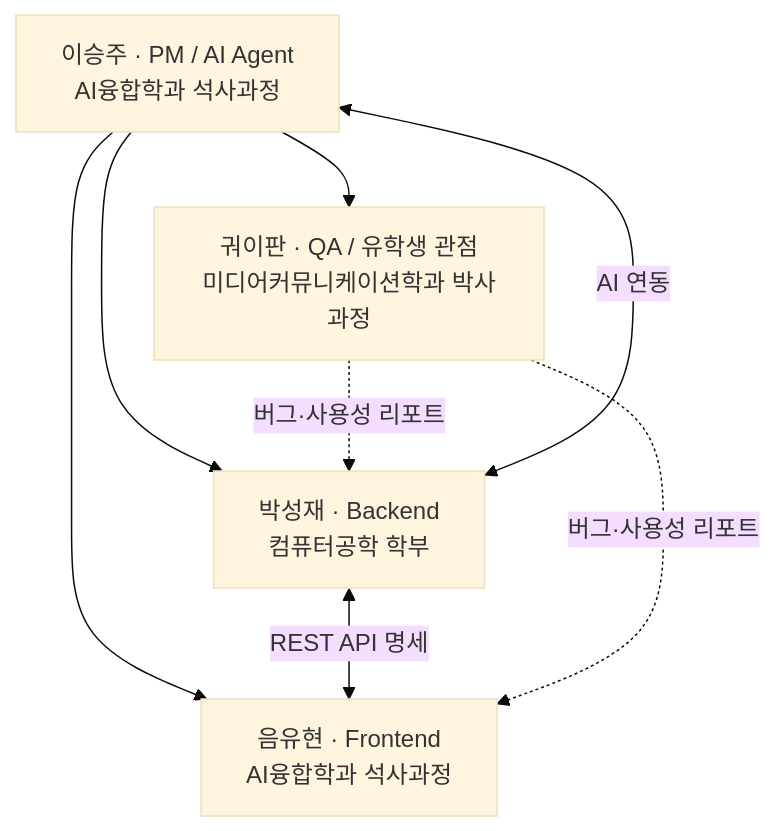
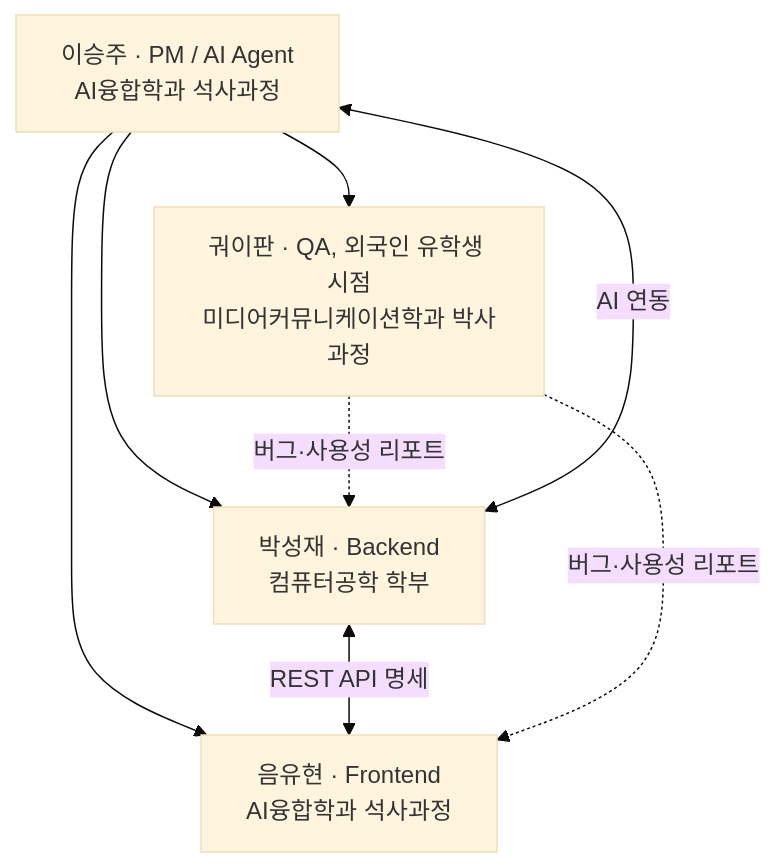
Before and after one commit to sincerelsj/hufs-ieoit: the seventh of 7 diagrams in docs/project-plan.md, drawn with Mermaid (base theme). The commit also changed other lines of this file and 1 other file, not shown here.

````diff
--- a/docs/project-plan.md
+++ b/docs/project-plan.md
@@ -361,15 +350,15 @@
 ```mermaid
 flowchart TB
     PM["이승주 · PM / AI Agent<br/>AI융합학과 석사과정"]
     BE["박성재 · Backend<br/>컴퓨터공학 학부"]
     FE["음유현 · Frontend<br/>AI융합학과 석사과정"]
-    QA["궈이판 · QA / 유학생 관점<br/>미디어커뮤니케이션학과 박사과정"]
+    QA["궈이판 · QA, 외국인 유학생 시점<br/>미디어커뮤니케이션학과 박사과정"]
 
     PM --> BE
     PM --> FE
     PM --> QA
     BE <-->|REST API 명세| FE
     BE <-->|AI 연동| PM
     QA -.->|버그·사용성 리포트| BE
     QA -.->|버그·사용성 리포트| FE
 ```
````
